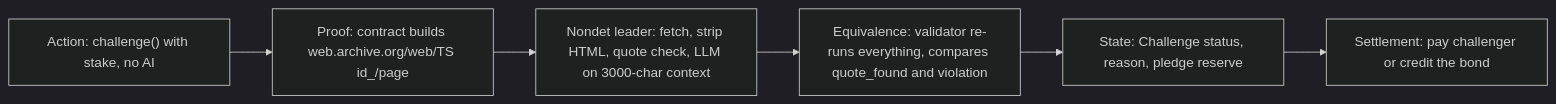
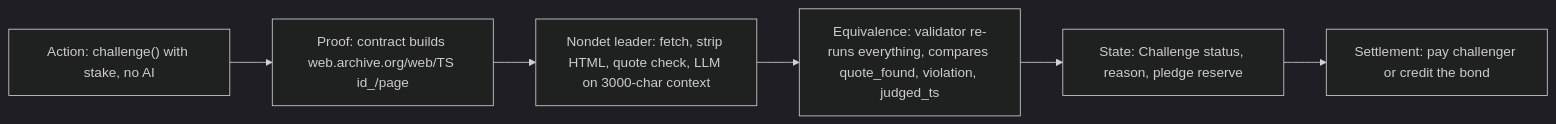
Before and after one commit to Mcurly17/greenclaim-bond: the first of 2 diagrams in README.md, drawn with Mermaid (dark theme). The commit also changed other lines of this file and 4 other files, not shown here.

````diff
--- a/README.md
+++ b/README.md
@@ -36,8 +36,8 @@
 ```mermaid
 flowchart LR
   action["Action: challenge() with stake, no AI"] --> proof["Proof: contract builds web.archive.org/web/TS id_/page"]
   proof --> nondet["Nondet leader: fetch, strip HTML, quote check, LLM on 3000-char context"]
-  nondet --> eq["Equivalence: validator re-runs everything, compares quote_found and violation"]
+  nondet --> eq["Equivalence: validator re-runs everything, compares quote_found, violation, judged_ts"]
   eq --> state["State: Challenge status, reason, pledge reserve"]
   state --> settle["Settlement: pay challenger or credit the bond"]
 ```
````
